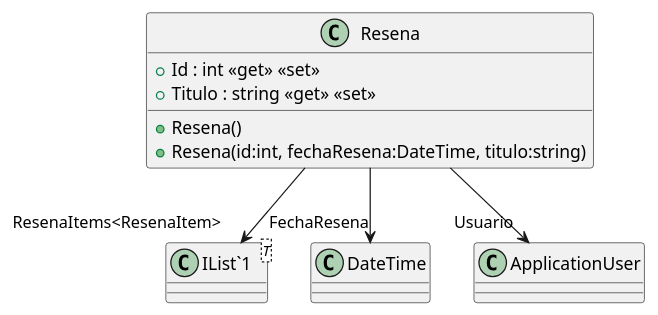
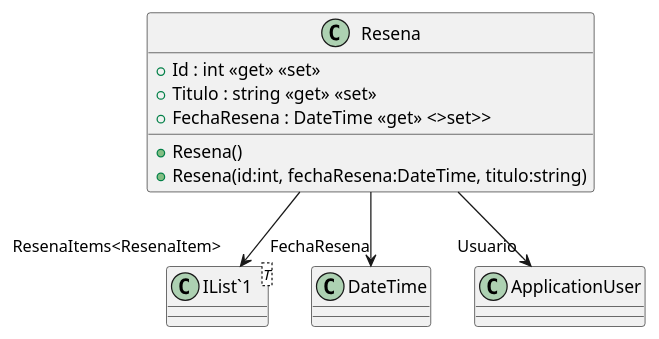
Before and after one commit to ISII2627LosGremlins/ISII2627LosGremlins: the diagram in src/AppForSEII.API/ClassDiagram/Resena.puml, drawn with PlantUML. The commit also changed 3 other files, not shown here.

```diff
--- a/src/AppForSEII.API/ClassDiagram/Resena.puml
+++ b/src/AppForSEII.API/ClassDiagram/Resena.puml
@@ -1,13 +1,14 @@
 @startuml
 class Resena {
     + Resena()
     + Resena(id:int, fechaResena:DateTime, titulo:string)
     + Id : int <<get>> <<set>>
     + Titulo : string <<get>> <<set>>
+    + FechaResena : DateTime <<get>> <>set>>
 }
 class "IList`1"<T> {
 }
 Resena --> "FechaResena" DateTime
 Resena --> "Usuario" ApplicationUser
 Resena --> "ResenaItems<ResenaItem>" "IList`1"
 @enduml
```
